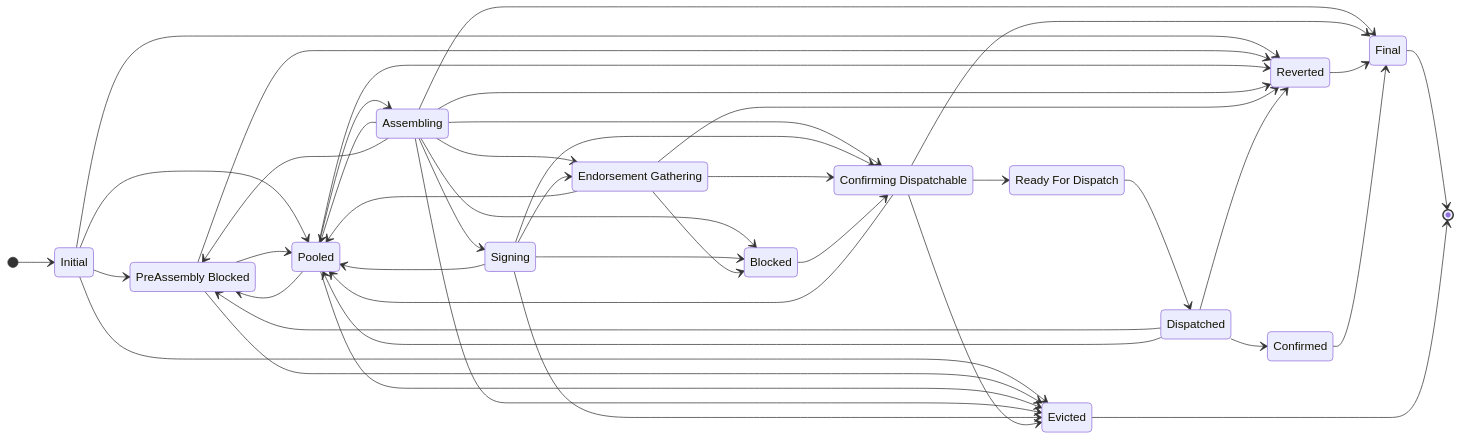
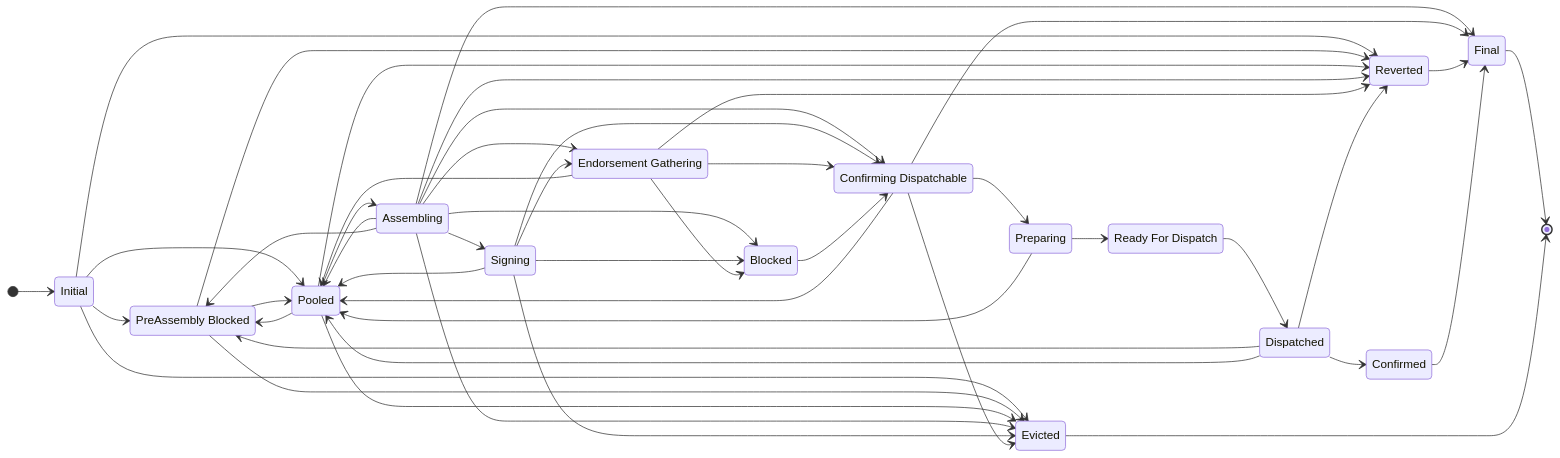
One commit to LFDT-Paladin/paladin changed the second of 4 diagrams in doc-site/docs/architecture/distributed_sequencer_state_machine.md. Above: the diagram before and after it, drawn with Mermaid. The commit also changed other lines of this file and 44 other files, not shown here.

````diff
--- a/doc-site/docs/architecture/distributed_sequencer_state_machine.md
+++ b/doc-site/docs/architecture/distributed_sequencer_state_machine.md
@@ -63,53 +63,55 @@
 ```mermaid
 %%{init: {'themeVariables': {'background': 'transparent'}}}%%
 stateDiagram-v2
     direction LR
     state "PreAssembly Blocked" as PreAssembly_Blocked
     state "Endorsement Gathering" as Endorsement_Gathering
     state "Confirming Dispatchable" as Confirming_Dispatchable
     state "Ready For Dispatch" as Ready_For_Dispatch
     [*] --> Initial
     Initial --> Reverted
     Initial --> Evicted
     Initial --> PreAssembly_Blocked
     Initial --> Pooled
     PreAssembly_Blocked --> Pooled
     PreAssembly_Blocked --> Reverted
     PreAssembly_Blocked --> Evicted
     Pooled --> Assembling
     Pooled --> PreAssembly_Blocked
     Pooled --> Reverted
     Pooled --> Evicted
     Assembling --> Signing
     Assembling --> Endorsement_Gathering
     Assembling --> Confirming_Dispatchable
     Assembling --> Blocked
     Assembling --> Pooled
     Assembling --> Evicted
     Assembling --> Reverted
     Assembling --> Final
     Assembling --> PreAssembly_Blocked
     Signing --> Endorsement_Gathering
     Signing --> Confirming_Dispatchable
     Signing --> Blocked
     Signing --> Pooled
     Signing --> Evicted
     Endorsement_Gathering --> Confirming_Dispatchable
     Endorsement_Gathering --> Blocked
     Endorsement_Gathering --> Reverted
     Endorsement_Gathering --> Pooled
     Blocked --> Confirming_Dispatchable
-    Confirming_Dispatchable --> Ready_For_Dispatch
+    Confirming_Dispatchable --> Preparing
     Confirming_Dispatchable --> Pooled
     Confirming_Dispatchable --> Evicted
     Confirming_Dispatchable --> Final
+    Preparing --> Ready_For_Dispatch
+    Preparing --> Pooled
     Ready_For_Dispatch --> Dispatched
     Dispatched --> Confirmed
     Dispatched --> PreAssembly_Blocked
     Dispatched --> Pooled
     Dispatched --> Reverted
     Reverted --> Final
     Confirmed --> Final
     Final --> [*]
     Evicted --> [*]
 ```
````
